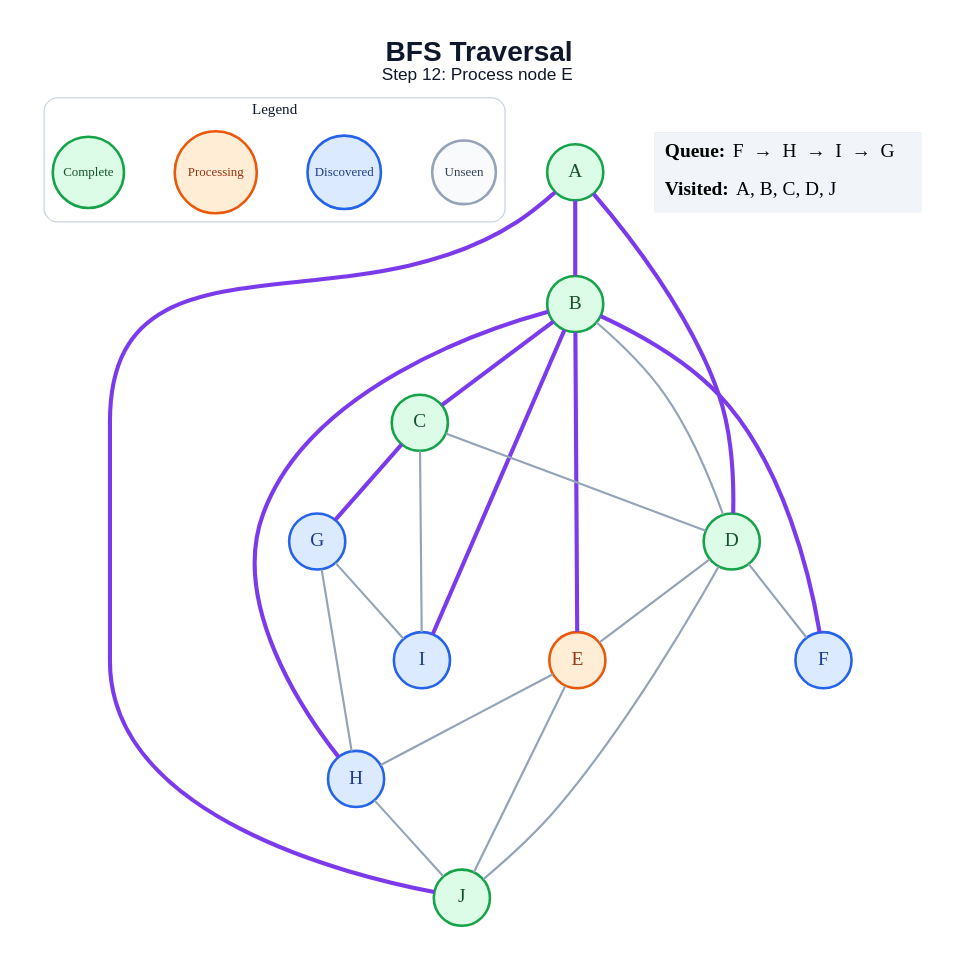
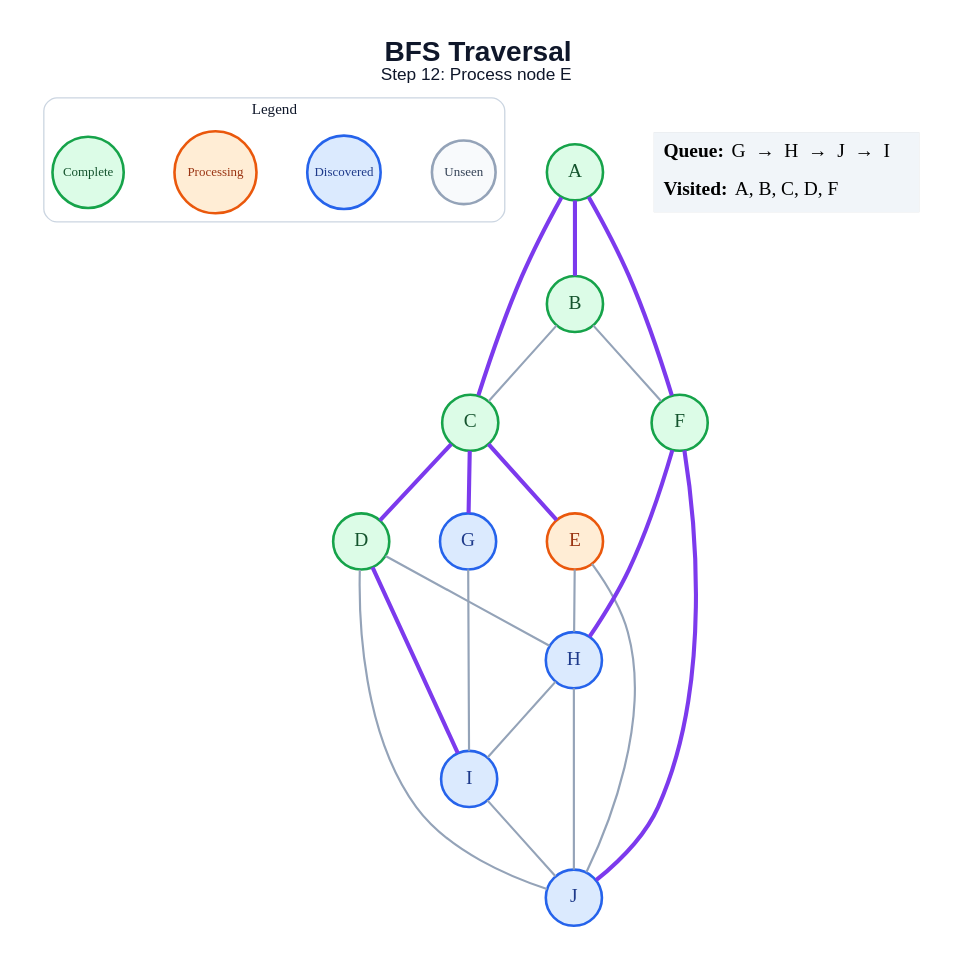
Before and after one commit to amanghodawala9/ai-slop: the diagram in generated/bfs/step_12.dot, drawn with Graphviz. The commit also changed 178 other files, not shown here.

```diff
--- a/generated/bfs/step_12.dot
+++ b/generated/bfs/step_12.dot
@@ -1,49 +1,48 @@
 graph traversal {
   graph [layout=dot, rankdir=TB, bgcolor="#FFFFFF", pad="0.35", nodesep="0.65", ranksep="0.8", fontname="Arial"];
   node [shape=circle, style="filled", fontname="Arial Bold", fontsize=18, width=0.72, fixedsize=true, penwidth=2.4];
   edge [color="#94A3B8", penwidth=2.0];
   label=<<B>BFS Traversal</B><BR/><FONT POINT-SIZE="16">Step 12: Process node E</FONT>>; labelloc="t"; fontsize=26; fontname="Arial"; fontcolor="#0F172A";
   subgraph cluster_legend { label="Legend"; color="#CBD5E1"; penwidth=1.2; style="rounded"; fontsize=14; fontname="Arial Bold";
     key_unseen [label="Unseen", fillcolor="#F8FAFC", color="#94A3B8", fontcolor="#334155", fontsize=12, width=0.82];
     key_frontier [label="Discovered", fillcolor="#DBEAFE", color="#2563EB", fontcolor="#1E3A8A", fontsize=12, width=0.95];
     key_current [label="Processing", fillcolor="#FFEDD5", color="#EA580C", fontcolor="#9A3412", fontsize=12, width=1.05];
     key_done [label="Complete", fillcolor="#DCFCE7", color="#16A34A", fontcolor="#14532D", fontsize=12, width=0.92];
     { rank=same; key_unseen; key_frontier; key_current; key_done; }
   }
   A [fillcolor="#DCFCE7", color="#16A34A", fontcolor="#14532D"];
   B [fillcolor="#DCFCE7", color="#16A34A", fontcolor="#14532D"];
   C [fillcolor="#DCFCE7", color="#16A34A", fontcolor="#14532D"];
   D [fillcolor="#DCFCE7", color="#16A34A", fontcolor="#14532D"];
   E [fillcolor="#FFEDD5", color="#EA580C", fontcolor="#9A3412"];
-  F [fillcolor="#DBEAFE", color="#2563EB", fontcolor="#1E3A8A"];
+  F [fillcolor="#DCFCE7", color="#16A34A", fontcolor="#14532D"];
   G [fillcolor="#DBEAFE", color="#2563EB", fontcolor="#1E3A8A"];
   H [fillcolor="#DBEAFE", color="#2563EB", fontcolor="#1E3A8A"];
   I [fillcolor="#DBEAFE", color="#2563EB", fontcolor="#1E3A8A"];
-  J [fillcolor="#DCFCE7", color="#16A34A", fontcolor="#14532D"];
+  J [fillcolor="#DBEAFE", color="#2563EB", fontcolor="#1E3A8A"];
   A -- B [color="#7C3AED", penwidth=3.8];
-  A -- D [color="#7C3AED", penwidth=3.8];
-  A -- J [color="#7C3AED", penwidth=3.8];
-  B -- C [color="#7C3AED", penwidth=3.8];
-  B -- D;
-  B -- E [color="#7C3AED", penwidth=3.8];
-  B -- F [color="#7C3AED", penwidth=3.8];
-  B -- H [color="#7C3AED", penwidth=3.8];
-  B -- I [color="#7C3AED", penwidth=3.8];
-  C -- D;
+  A -- C [color="#7C3AED", penwidth=3.8];
+  A -- F [color="#7C3AED", penwidth=3.8];
+  B -- C;
+  B -- F;
+  C -- D [color="#7C3AED", penwidth=3.8];
+  C -- E [color="#7C3AED", penwidth=3.8];
   C -- G [color="#7C3AED", penwidth=3.8];
-  C -- I;
-  D -- E;
-  D -- F;
+  D -- H;
+  D -- I [color="#7C3AED", penwidth=3.8];
   D -- J;
   E -- H;
   E -- J;
-  G -- H;
+  F -- H [color="#7C3AED", penwidth=3.8];
+  F -- J [color="#7C3AED", penwidth=3.8];
   G -- I;
+  H -- I;
   H -- J;
+  I -- J;
   status [shape=plain, fixedsize=false, width=0, height=0, margin=0, label=<
     <TABLE BORDER="0" CELLBORDER="0" CELLPADDING="7" BGCOLOR="#F1F5F9">
-      <TR><TD ALIGN="LEFT"><B>Queue:</B> F  →  H  →  I  →  G</TD></TR>
-      <TR><TD ALIGN="LEFT"><B>Visited:</B> A, B, C, D, J</TD></TR>
+      <TR><TD ALIGN="LEFT"><B>Queue:</B> G  →  H  →  J  →  I</TD></TR>
+      <TR><TD ALIGN="LEFT"><B>Visited:</B> A, B, C, D, F</TD></TR>
     </TABLE>
   >];
 }
```
